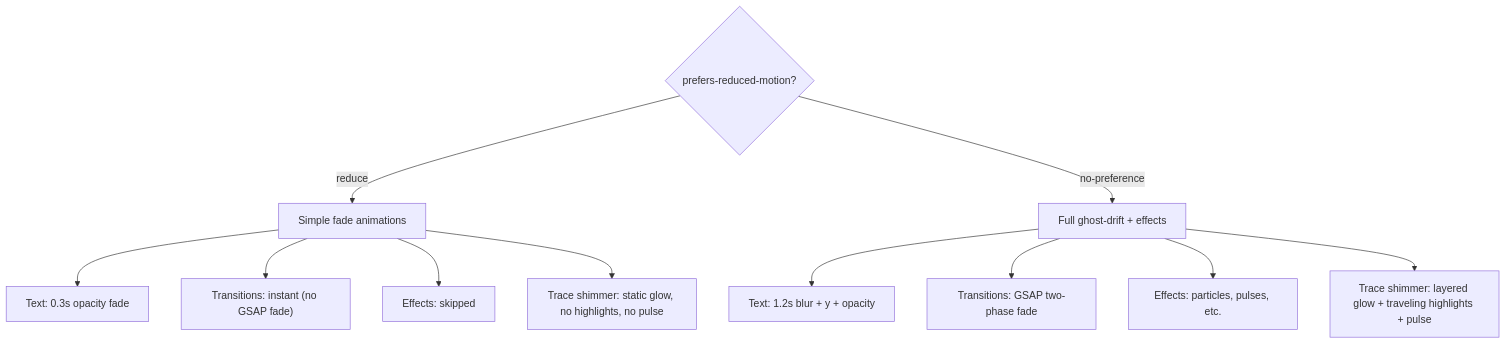
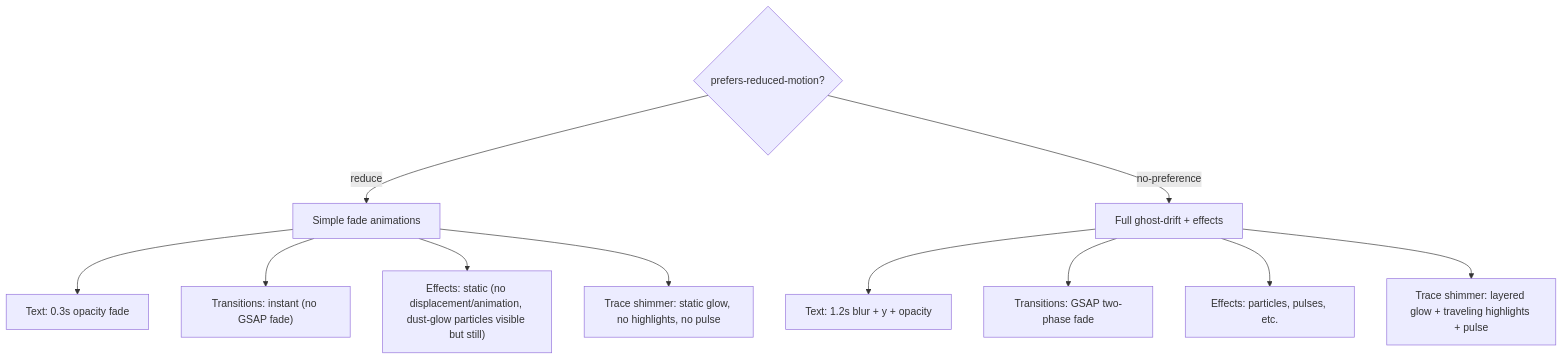
The second of 3 diagrams in docs/accessibility.md (anchildress1/carbon-trace), drawn with Mermaid before and after one commit. The commit also changed other lines of this file and 3 other files, not shown here.

````diff
--- a/docs/accessibility.md
+++ b/docs/accessibility.md
@@ -63,15 +63,15 @@
 ```mermaid
 flowchart TD
     A{prefers-reduced-motion?} -->|reduce| B[Simple fade animations]
     A -->|no-preference| C[Full ghost-drift + effects]
 
     B --> D["Text: 0.3s opacity fade"]
     B --> E["Transitions: instant (no GSAP fade)"]
-    B --> F["Effects: skipped"]
+    B --> F["Effects: static (no displacement/animation, dust-glow particles visible but still)"]
     B --> G["Trace shimmer: static glow, no highlights, no pulse"]
 
     C --> H["Text: 1.2s blur + y + opacity"]
     C --> I["Transitions: GSAP two-phase fade"]
     C --> J["Effects: particles, pulses, etc."]
     C --> K["Trace shimmer: layered glow + traveling highlights + pulse"]
 ```
````
